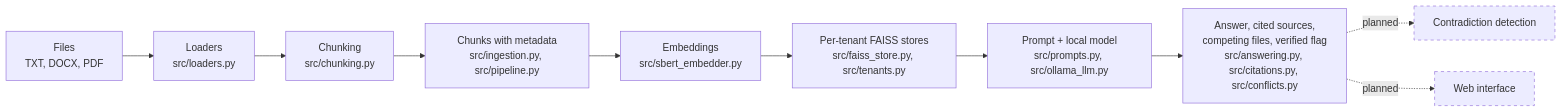
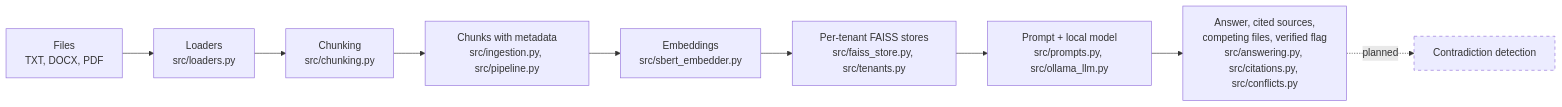
Before and after one commit to Laiba-Qayyum/policylens: the first of 4 diagrams in README.md, drawn with Mermaid. The commit also changed other lines of this file and 1 other file, not shown here.

````diff
--- a/README.md
+++ b/README.md
@@ -105,14 +126,13 @@
 ```mermaid
 flowchart LR
     A["Files<br/>TXT, DOCX, PDF"] --> B["Loaders<br/>src/loaders.py"]
     B --> C["Chunking<br/>src/chunking.py"]
     C --> D["Chunks with metadata<br/>src/ingestion.py, src/pipeline.py"]
     D --> E["Embeddings<br/>src/sbert_embedder.py"]
     E --> F["Per-tenant FAISS stores<br/>src/faiss_store.py, src/tenants.py"]
     F --> G["Prompt + local model<br/>src/prompts.py, src/ollama_llm.py"]
     G --> H["Answer, cited sources,<br/>competing files, verified flag<br/>src/answering.py, src/citations.py, src/conflicts.py"]
     H -.->|planned| I["Contradiction detection"]
-    H -.->|planned| J["Web interface"]
     classDef planned stroke-dasharray: 5 5
-    class I,J planned
+    class I planned
 ```
````
